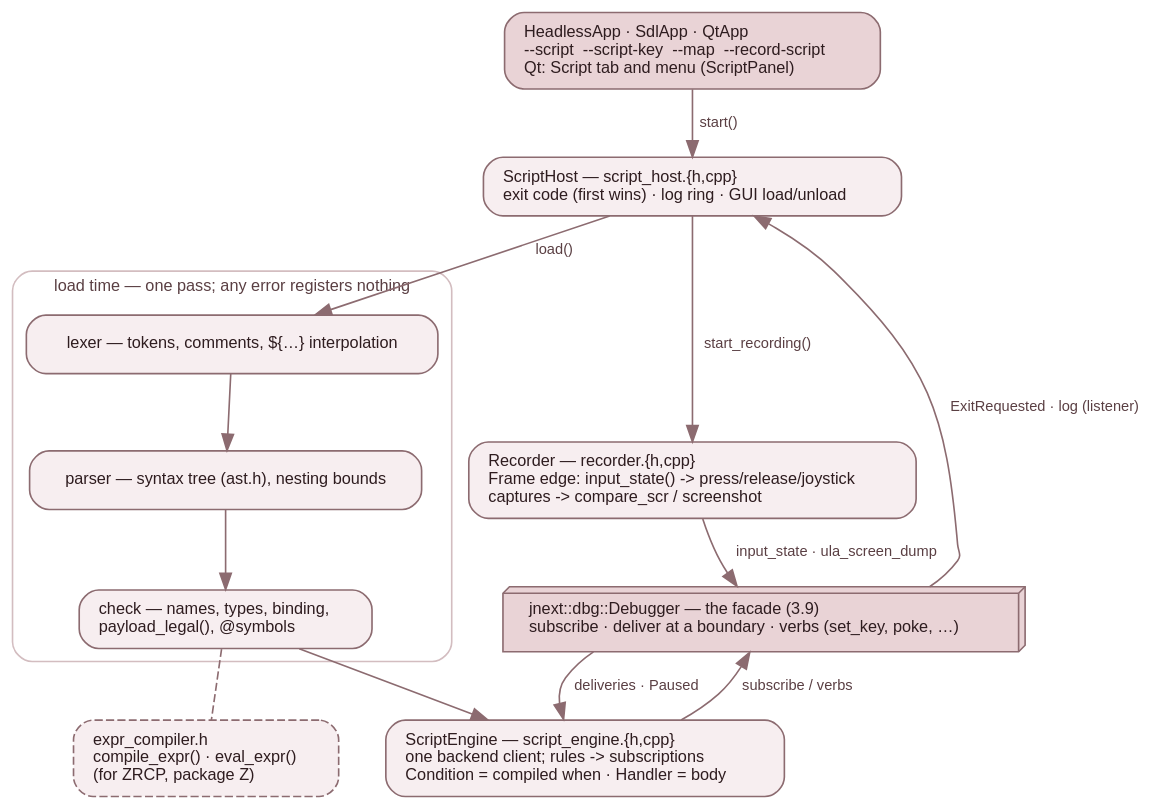
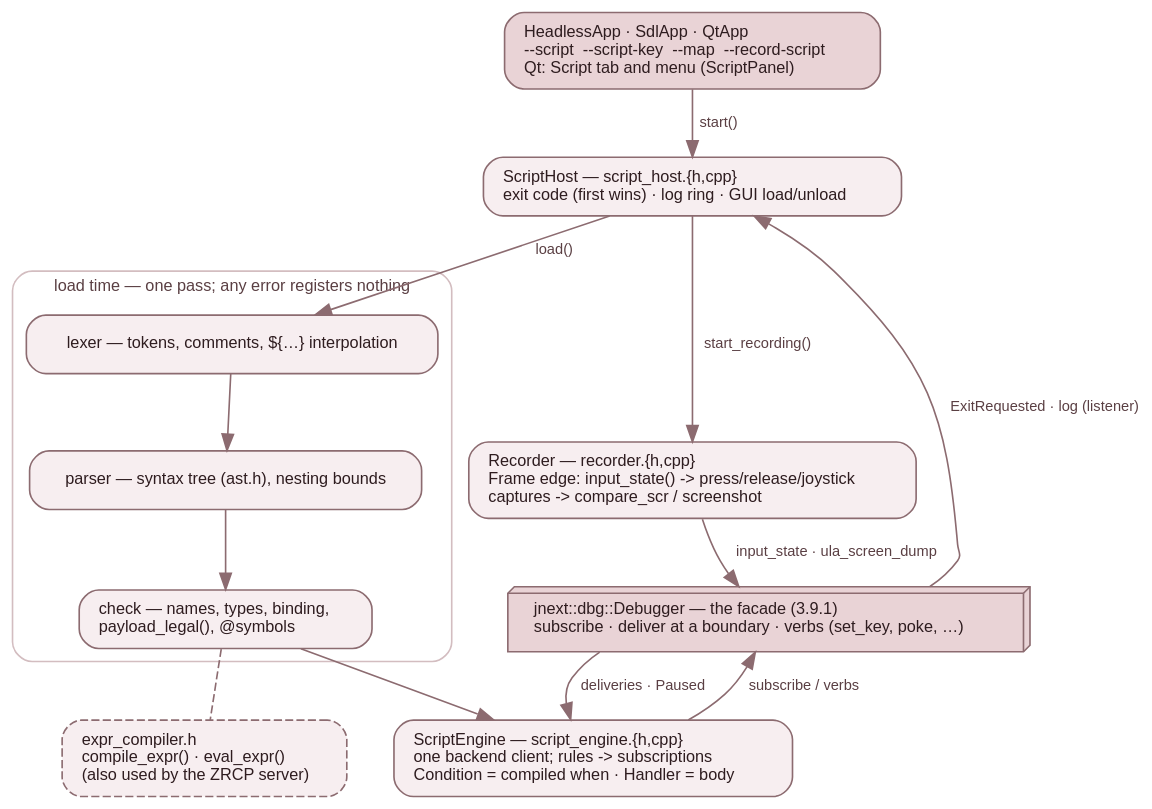
Before and after one commit to jorgegv/jnext: the diagram in src/doc/developer-guide/diagrams/script-pipeline.dot, drawn with Graphviz. The commit also changed 84 other files, not shown here.

```diff
--- a/src/doc/developer-guide/diagrams/script-pipeline.dot
+++ b/src/doc/developer-guide/diagrams/script-pipeline.dot
@@ -1,55 +1,55 @@
 // The debugger scripting language (src/script/), from text to the backend and
-// back: chapter 3.12.
+// back: chapter 3.10.6.
 //
 // Rendered by `make docs-devguide-diagrams` into ../img/script-pipeline.svg,
 // which is COMMITTED. Edit this file, never the SVG.
 //
 // Two halves: LOAD time (left column, top to bottom: one pass over the text,
 // nothing registered on any error) and RUN time (the backend delivers, the
 // rule body acts). The loop owners reach the engine and the recorder only
 // through ScriptHost; the engine and the recorder reach the machine only
 // through the Debugger facade.
 //
 // Palette: the page theme's pastel dark red family (see css/theme.css), as the
 // other figures. Light fills, dark labels, transparent canvas.
 digraph script_pipeline {
     bgcolor="transparent";
     rankdir=TB;
     fontname="Helvetica";
     ranksep=0.45;
     nodesep=0.40;
     node [shape=box, style="filled,rounded", fontname="Helvetica", fontsize=10,
           fillcolor="#f7eef0", color="#8c6b70", fontcolor="#2e1c1f", margin="0.16,0.10"];
     edge [color="#8c6b70", fontname="Helvetica", fontsize=9, fontcolor="#5a3f43"];
 
     owners [label="HeadlessApp · SdlApp · QtApp\l--script  --script-key  --map  --record-script\lQt: Script tab and menu (ScriptPanel)\l",
             fillcolor="#e9d3d6"];
     host [label="ScriptHost — script_host.{h,cpp}\lexit code (first wins) · log ring · GUI load/unload\l"];
 
     subgraph cluster_load {
         label="load time — one pass; any error registers nothing";
         fontname="Helvetica"; fontsize=10; fontcolor="#5a3f43";
         color="#d3bdc0"; style="rounded";
         lexer  [label="lexer — tokens, comments, ${…} interpolation"];
         parser [label="parser — syntax tree (ast.h), nesting bounds"];
         check  [label="check — names, types, binding,\lpayload_legal(), @symbols\l"];
         lexer -> parser -> check;
     }
 
     engine [label="ScriptEngine — script_engine.{h,cpp}\lone backend client; rules -> subscriptions\lCondition = compiled when · Handler = body\l"];
     recorder [label="Recorder — recorder.{h,cpp}\lFrame edge: input_state() -> press/release/joystick\lcaptures -> compare_scr / screenshot\l"];
-    library [label="expr_compiler.h\lcompile_expr() · eval_expr()\l(for ZRCP, package Z)\l", style="filled,rounded,dashed"];
+    library [label="expr_compiler.h\lcompile_expr() · eval_expr()\l(also used by the ZRCP server)\l", style="filled,rounded,dashed"];
 
-    dbg [label="jnext::dbg::Debugger — the facade (3.9)\lsubscribe · deliver at a boundary · verbs (set_key, poke, …)\l",
+    dbg [label="jnext::dbg::Debugger — the facade (3.9.1)\lsubscribe · deliver at a boundary · verbs (set_key, poke, …)\l",
          shape=box3d, style="filled", fillcolor="#e9d3d6", margin="0.22,0.12"];
 
     owners -> host [label=" start()"];
     host -> lexer [label=" load()"];
     check -> engine;
     host -> recorder [label=" start_recording()"];
     check -> library [style=dashed, arrowhead=none];
     engine -> dbg [label=" subscribe / verbs"];
     dbg -> engine [label=" deliveries · Paused"];
     recorder -> dbg [label=" input_state · ula_screen_dump"];
     dbg -> host [label=" ExitRequested · log (listener)"];
 }
```
